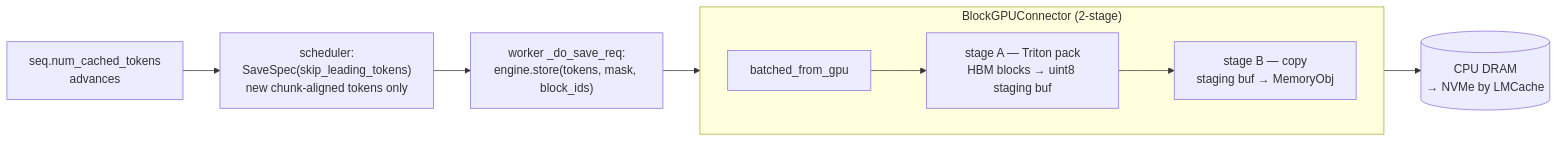
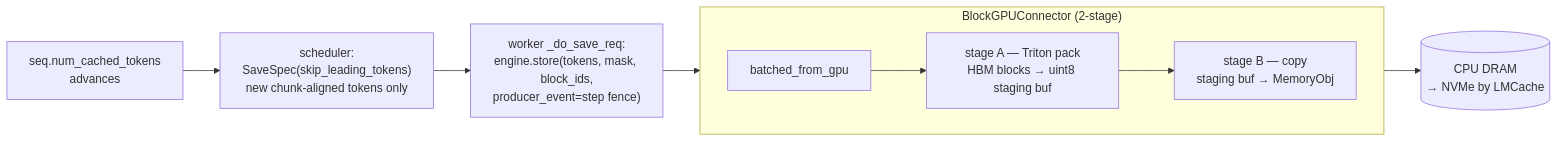
One commit to ROCm/ATOM changed the second of 4 diagrams in atom/kv_transfer/offload/README.md. Above: the diagram before and after it, drawn with Mermaid. The commit also changed other lines of this file and 8 other files, not shown here.

````diff
--- a/atom/kv_transfer/offload/README.md
+++ b/atom/kv_transfer/offload/README.md
@@ -361,12 +365,12 @@
 ```mermaid
 flowchart LR
     A["seq.num_cached_tokens<br/>advances"] --> B["scheduler:<br/>SaveSpec(skip_leading_tokens)<br/>new chunk-aligned tokens only"]
-    B --> C["worker _do_save_req:<br/>engine.store(tokens, mask, block_ids)"]
+    B --> C["worker _do_save_req:<br/>engine.store(tokens, mask, block_ids,<br/>producer_event=step fence)"]
     C --> D["batched_from_gpu"]
     subgraph PIPE_S["BlockGPUConnector (2-stage)"]
         direction LR
         D --> E["stage A — Triton pack<br/>HBM blocks → uint8 staging buf"]
         E --> F["stage B — copy<br/>staging buf → MemoryObj"]
     end
     F --> G[("CPU DRAM<br/>→ NVMe by LMCache")]
 ```
````
